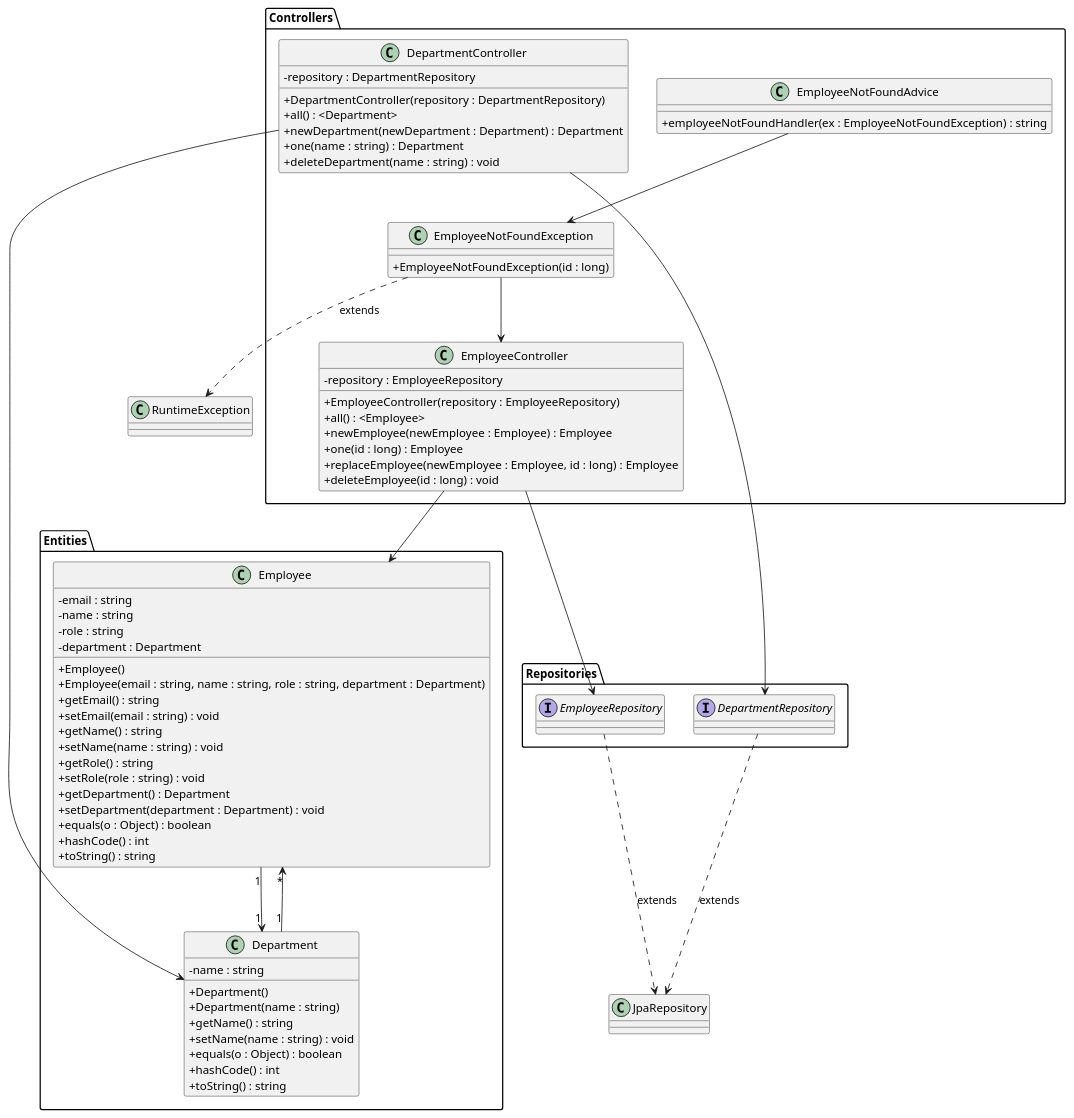
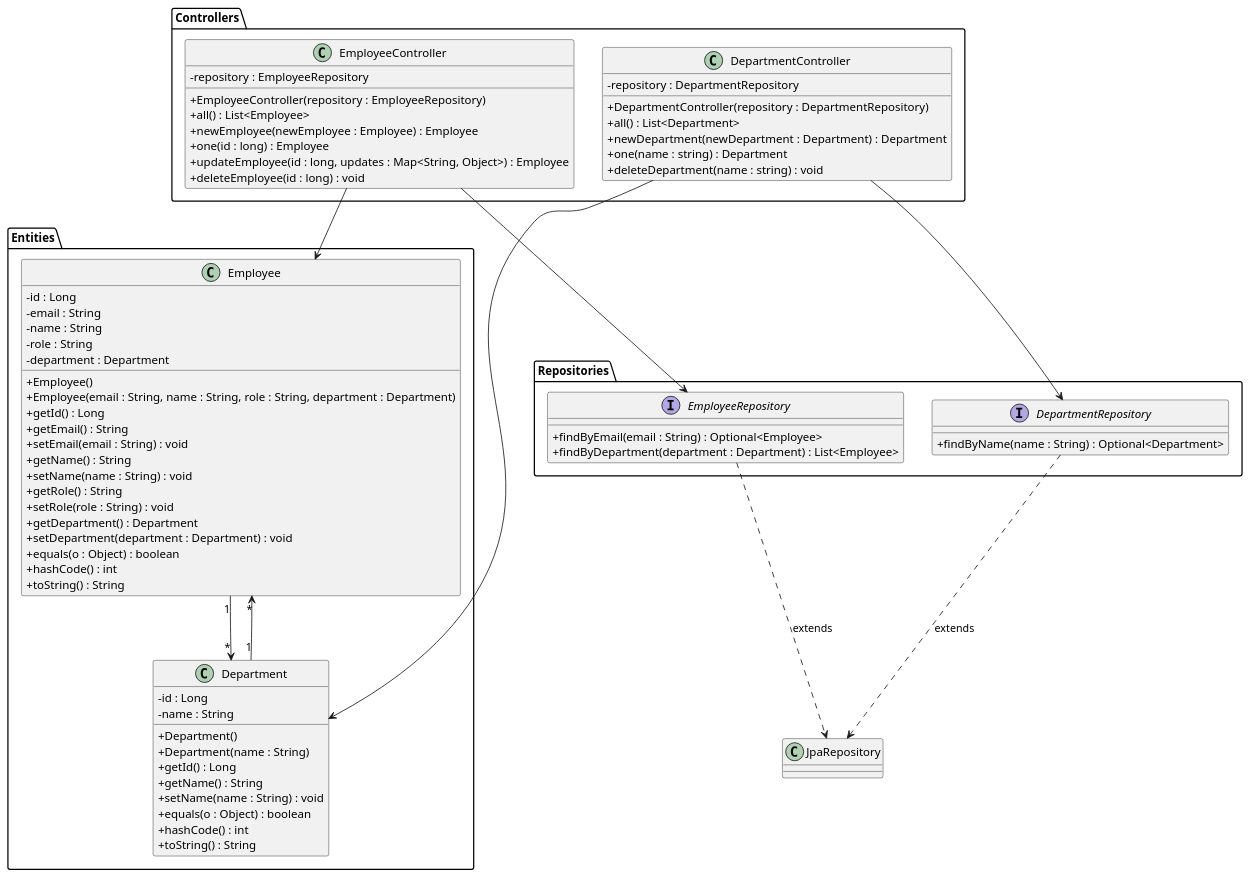
The diagram in src/diagram_class.puml (theomayoraz30/spring-warm-up), drawn with PlantUML before and after one commit.

Commit message:
docs: update class diagrams

```diff
--- a/src/diagram_class.puml
+++ b/src/diagram_class.puml
@@ -1,89 +1,85 @@
 @startuml
 skinparam classAttributeIconSize 0
 
 package Controllers {
 
     class EmployeeController {
         - repository : EmployeeRepository
         + EmployeeController(repository : EmployeeRepository)
-        + all() : <Employee>
+        + all() : List<Employee>
         + newEmployee(newEmployee : Employee) : Employee
         + one(id : long) : Employee
-        + replaceEmployee(newEmployee : Employee, id : long) : Employee
+        + updateEmployee(id : long, updates : Map<String, Object>) : Employee
         + deleteEmployee(id : long) : void
-    }
-
-    class EmployeeNotFoundAdvice {
-        + employeeNotFoundHandler(ex : EmployeeNotFoundException) : string
-    }
-
-    class EmployeeNotFoundException {
-        + EmployeeNotFoundException(id : long)
     }
 
     class DepartmentController {
         - repository : DepartmentRepository
         + DepartmentController(repository : DepartmentRepository)
-        + all() : <Department>
+        + all() : List<Department>
         + newDepartment(newDepartment : Department) : Department
         + one(name : string) : Department
         + deleteDepartment(name : string) : void
     }
 }
 
 package Entities {
     class Employee {
-        - email : string
-        - name : string
-        - role : string
+        - id : Long
+        - email : String
+        - name : String
+        - role : String
         - department : Department
         + Employee()
-        + Employee(email : string, name : string, role : string, department : Department)
-        + getEmail() : string
-        + setEmail(email : string) : void
-        + getName() : string
-        + setName(name : string) : void
-        + getRole() : string
-        + setRole(role : string) : void
+        + Employee(email : String, name : String, role : String, department : Department)
+        + getId() : Long
+        + getEmail() : String
+        + setEmail(email : String) : void
+        + getName() : String
+        + setName(name : String) : void
+        + getRole() : String
+        + setRole(role : String) : void
         + getDepartment() : Department
         + setDepartment(department : Department) : void
         + equals(o : Object) : boolean
         + hashCode() : int
-        + toString() : string
+        + toString() : String
     }
 
     class Department {
-        - name : string
+        - id : Long
+        - name : String
         + Department()
-        + Department(name : string)
-        + getName() : string
-        + setName(name : string) : void
+        + Department(name : String)
+        + getId() : Long
+        + getName() : String
+        + setName(name : String) : void
         + equals(o : Object) : boolean
         + hashCode() : int
-        + toString() : string
+        + toString() : String
     }
 }
 
 package Repositories {
     interface EmployeeRepository {
+        + findByEmail(email : String) : Optional<Employee>
+        + findByDepartment(department : Department) : List<Employee>
     }
 
     interface DepartmentRepository {
+        + findByName(name : String) : Optional<Department>
     }
 }
 
 EmployeeController --> EmployeeRepository
 EmployeeController --> Employee
-EmployeeNotFoundAdvice --> EmployeeNotFoundException
-EmployeeNotFoundException --> EmployeeController
-EmployeeRepository ..> JpaRepository : extends
-EmployeeNotFoundException ..> RuntimeException : extends
-
 DepartmentController --> DepartmentRepository
 DepartmentController --> Department
+
+EmployeeRepository ..> JpaRepository : extends
 DepartmentRepository ..> JpaRepository : extends
 
-Employee "1" --> "1" Department
+Employee "1" --> "*" Department
 Department "1" --> "*" Employee
 
 @enduml
```
